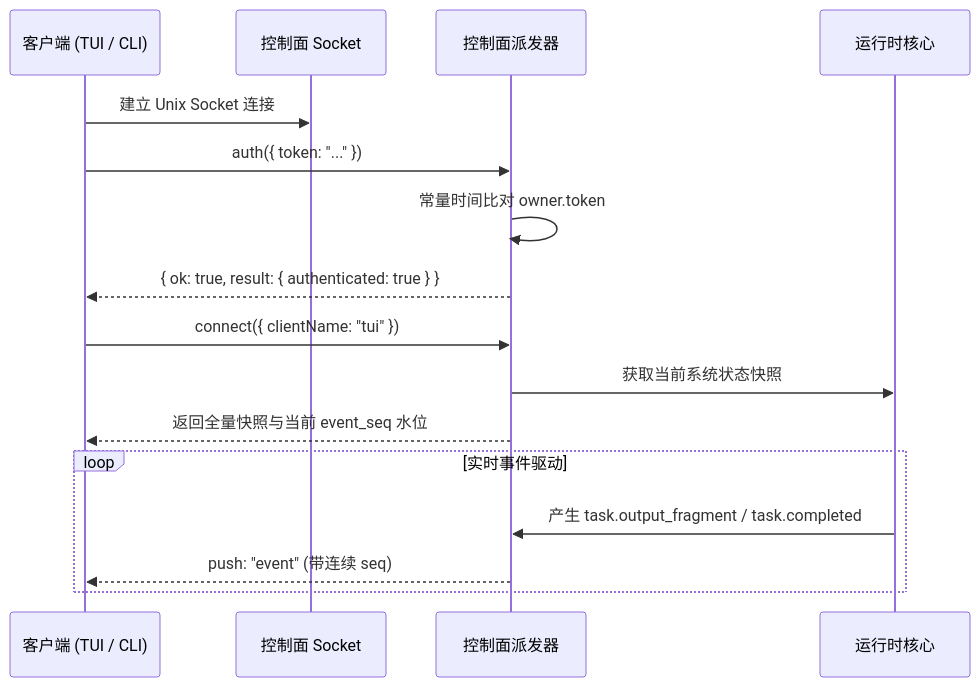
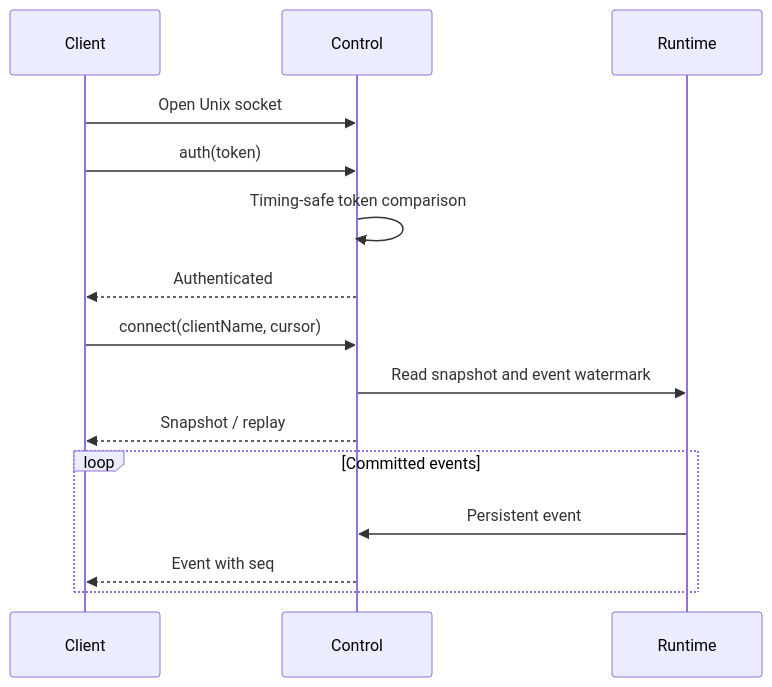
One commit to num-lab/Ruukoto changed the second of 2 diagrams in docs/modules/control.md. Above: the diagram before and after it, drawn with Mermaid. The commit also changed other lines of this file and 3987 other files, not shown here.

````diff
--- a/docs/modules/control.md
+++ b/docs/modules/control.md
@@ -79,19 +56,17 @@
 ```mermaid
 sequenceDiagram
-  participant Client as 客户端 (TUI / CLI)
-  participant Socket as 控制面 Socket
-  participant Dispatcher as 控制面派发器
-  participant Runtime as 运行时核心
-
-  Client->>Socket: 建立 Unix Socket 连接
-  Client->>Dispatcher: auth({ token: "..." })
-  Dispatcher->>Dispatcher: 常量时间比对 owner.token
-  Dispatcher-->>Client: { ok: true, result: { authenticated: true } }
-  Client->>Dispatcher: connect({ clientName: "tui" })
-  Dispatcher->>Runtime: 获取当前系统状态快照
-  Dispatcher-->>Client: 返回全量快照与当前 event_seq 水位
-  loop 实时事件驱动
-    Runtime->>Dispatcher: 产生 task.output_fragment / task.completed
-    Dispatcher-->>Client: push: "event" (带连续 seq)
+  participant Client
+  participant Control
+  participant Runtime
+  Client->>Control: Open Unix socket
+  Client->>Control: auth(token)
+  Control->>Control: Timing-safe token comparison
+  Control-->>Client: Authenticated
+  Client->>Control: connect(clientName, cursor)
+  Control->>Runtime: Read snapshot and event watermark
+  Control-->>Client: Snapshot / replay
+  loop Committed events
+    Runtime->>Control: Persistent event
+    Control-->>Client: Event with seq
   end
 ```
````
